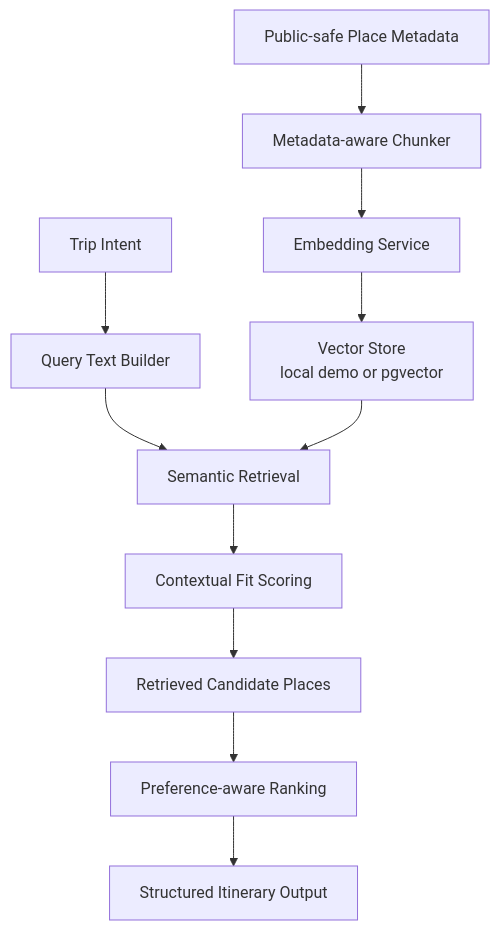
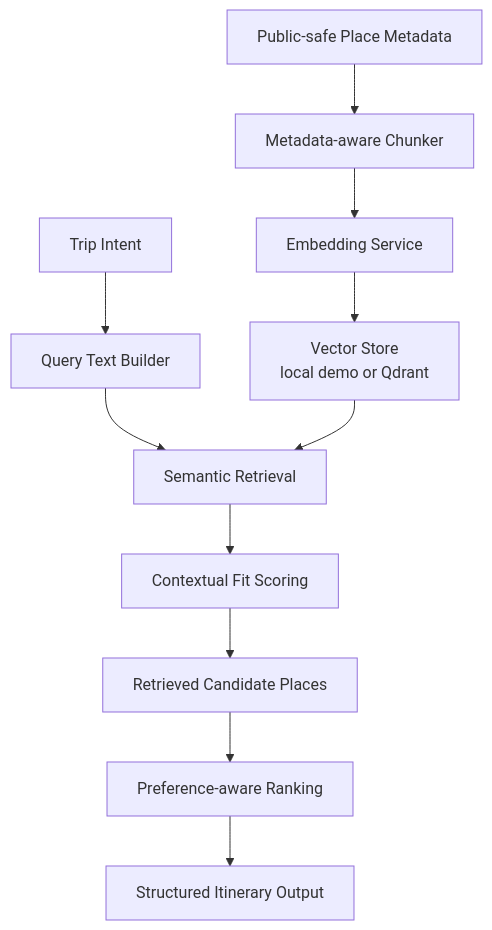
The diagram in docs/RETRIEVAL_LAYER.md (PRRanavvv/WayFinder-Labs), drawn with Mermaid before and after one commit. The commit also changed other lines of this file and 23 other files, not shown here.

````diff
--- a/docs/RETRIEVAL_LAYER.md
+++ b/docs/RETRIEVAL_LAYER.md
@@ -9,13 +9,13 @@
 ```mermaid
 flowchart TD
   Intent["Trip Intent"] --> Query["Query Text Builder"]
   Metadata["Public-safe Place Metadata"] --> Chunker["Metadata-aware Chunker"]
   Chunker --> Embed["Embedding Service"]
-  Embed --> Index["Vector Store<br/>local demo or pgvector"]
+  Embed --> Index["Vector Store<br/>local demo or Qdrant"]
   Query --> Search["Semantic Retrieval"]
   Index --> Search
   Search --> Context["Contextual Fit Scoring"]
   Context --> Candidates["Retrieved Candidate Places"]
   Candidates --> Ranking["Preference-aware Ranking"]
   Ranking --> Itinerary["Structured Itinerary Output"]
 ```
````
